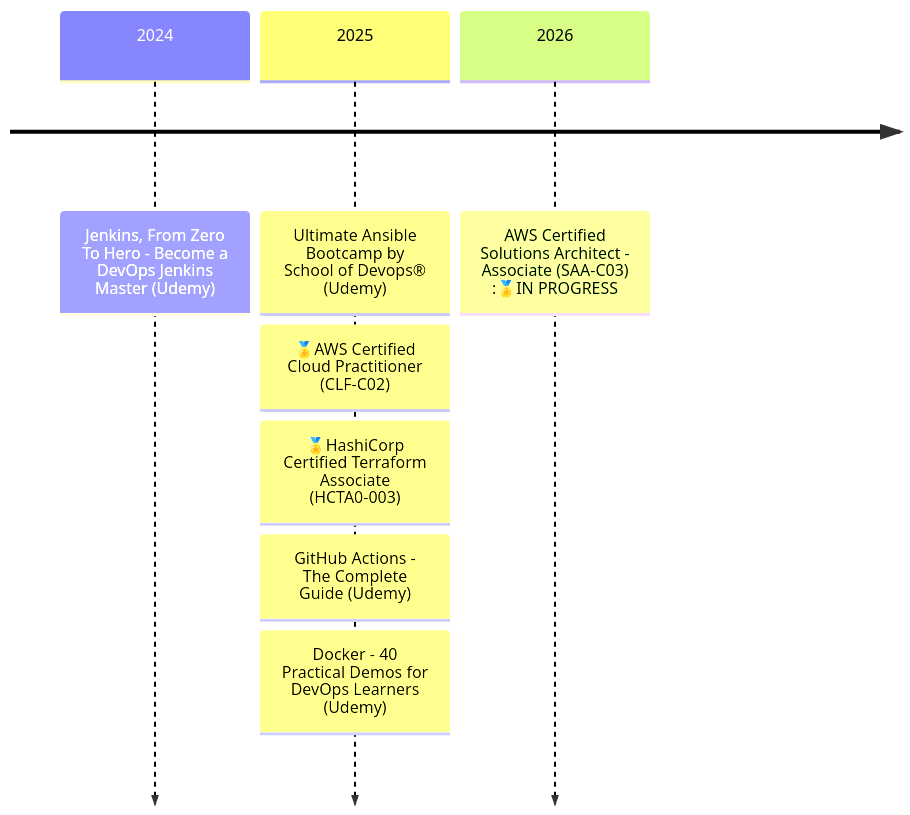
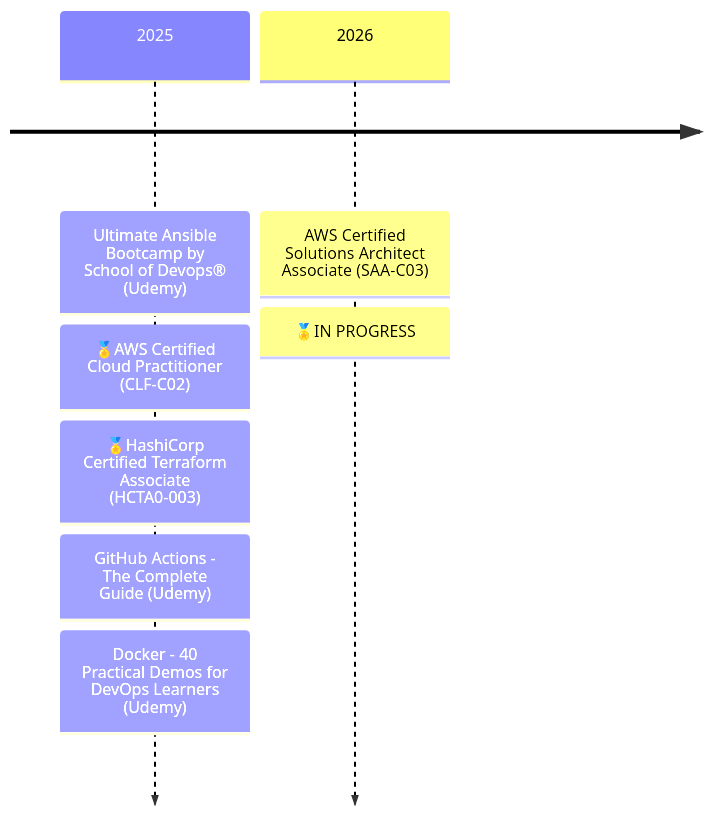
The diagram in content/about.md (rtdevx/rtdevx.github.io), drawn with Mermaid before and after one commit.

Commit message:
Obsidian sync: 2025-12-10 00:16:25

```diff
--- a/content/about.md
+++ b/content/about.md
@@ -65,10 +65,9 @@
 {{< mermaid >}}
-timeline
-    2024 : Jenkins, From Zero To Hero - Become a DevOps Jenkins Master (Udemy)
+timeline    
     2025 : Ultimate Ansible Bootcamp by School of Devops® (Udemy)
          : 🏅AWS Certified Cloud Practitioner (CLF-C02)
          : 🏅HashiCorp Certified Terraform Associate (HCTA0-003)
          : GitHub Actions - The Complete Guide (Udemy)
          : Docker - 40 Practical Demos for DevOps Learners (Udemy)
-    2026 : AWS Certified Solutions Architect - Associate (SAA-C03) :🏅IN PROGRESS
+    2026 : AWS Certified Solutions Architect Associate (SAA-C03) : 🏅IN PROGRESS
 {{< /mermaid >}}
```
